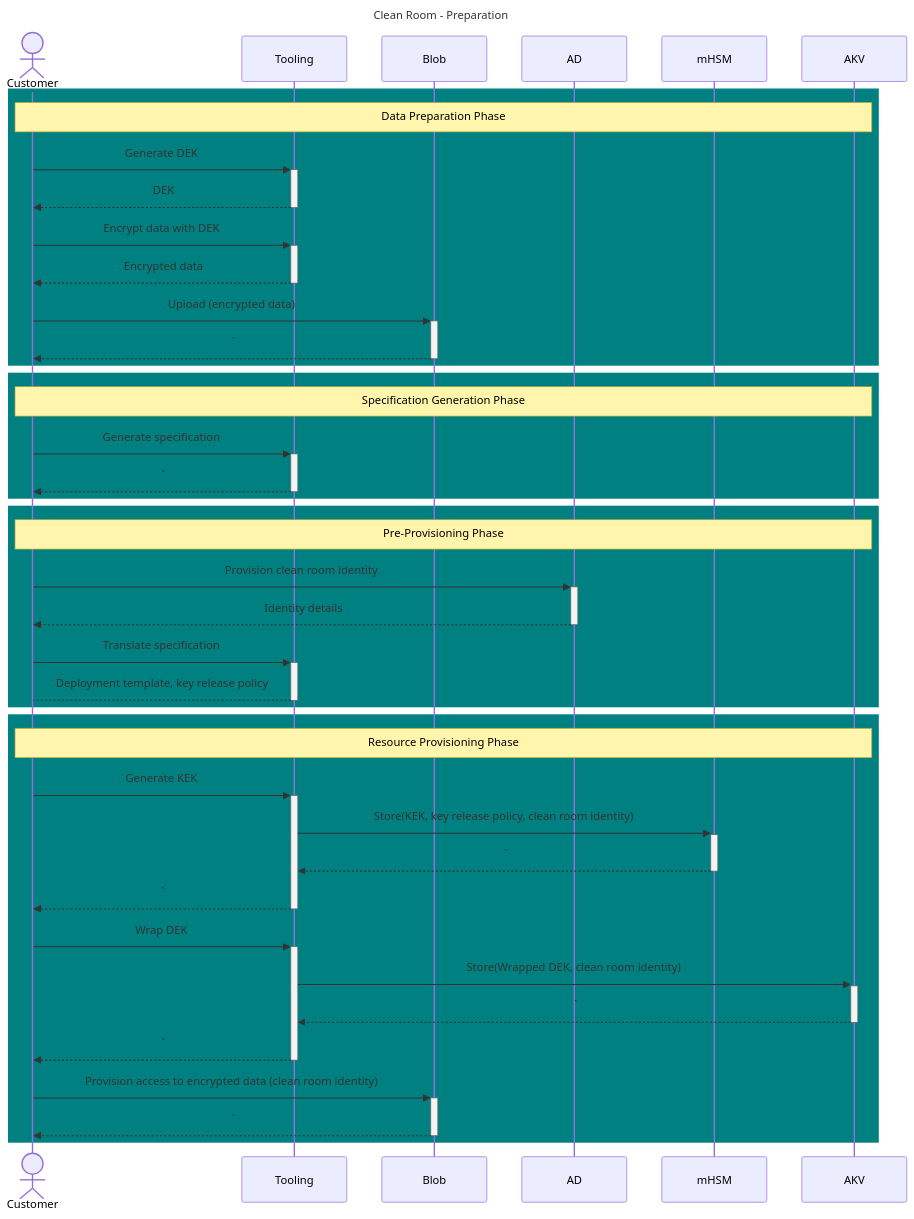
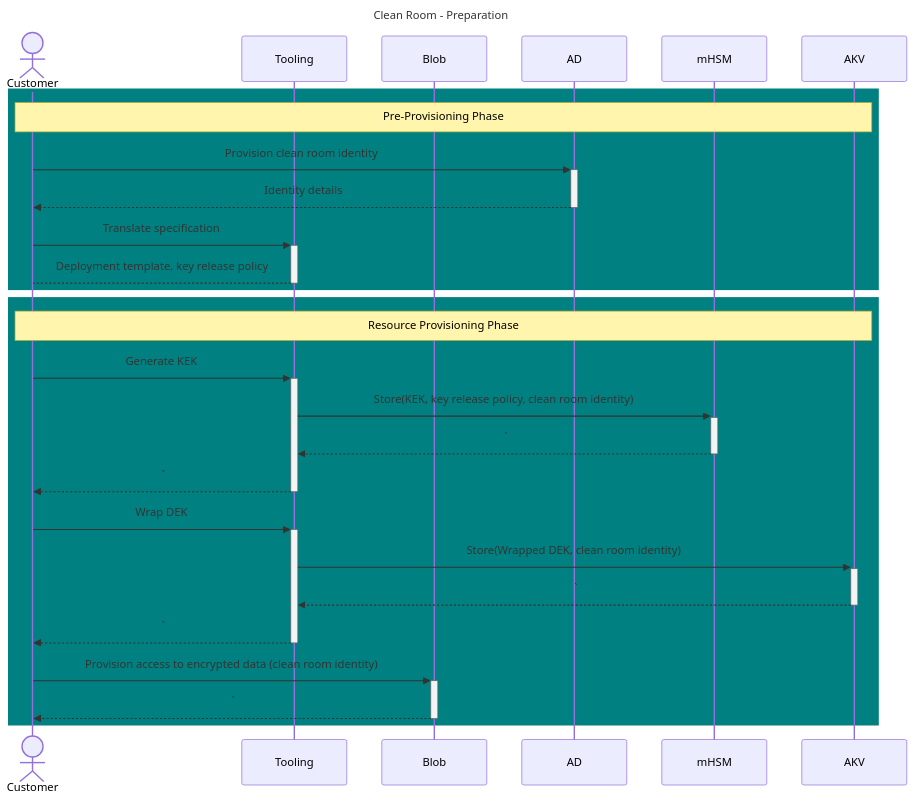
Before and after one commit to PhaniChiruvolu/azure-cleanroom: the seventh of 10 diagrams in docs/public/user_flow.md, drawn with Mermaid. The commit also changed other lines of this file and 1 other file, not shown here.

Commit message:
Initial drop of RP flow, and first cut at splitting workflow into state machine and sequence diagrams.

````diff
--- a/docs/public/user_flow.md
+++ b/docs/public/user_flow.md
@@ -42,49 +228,33 @@
 ```mermaid
 sequenceDiagram
 title Clean Room - Preparation
 
 actor Customer
 participant Tooling
 participant Blob
 participant AD
 participant mHSM
 participant AKV
-
-rect Teal
-note over Customer,AKV: Data Preparation Phase
-    Customer->>+Tooling: Generate DEK
-    Tooling-->>-Customer: DEK
-    Customer->>+Tooling: Encrypt data with DEK
-    Tooling-->>-Customer: Encrypted data
-    Customer->>+Blob: Upload (encrypted data)
-    Blob-->>-Customer: `
-end
-
-rect Teal
-note over Customer,AKV: Specification Generation Phase
-    Customer->>+Tooling: Generate specification
-    Tooling-->>-Customer: `
-end
 
 rect Teal
 note over Customer,AKV: Pre-Provisioning Phase
     Customer->>+AD: Provision clean room identity
     AD-->>-Customer: Identity details
     Customer->>+Tooling: Translate specification
     Tooling-->-Customer: Deployment template, key release policy
 end
 
 rect Teal
 note over Customer,AKV: Resource Provisioning Phase
     Customer->>+Tooling: Generate KEK
     Tooling->>+mHSM: Store(KEK, key release policy, clean room identity)
     mHSM-->>-Tooling: `
     Tooling-->>-Customer: `
     Customer->>+Tooling: Wrap DEK
     Tooling->>+AKV: Store(Wrapped DEK, clean room identity)
     AKV-->>-Tooling: `
     Tooling-->>-Customer: `
     Customer->>+Blob: Provision access to encrypted data (clean room identity)
     Blob-->>-Customer: `
 end
 ```
````
